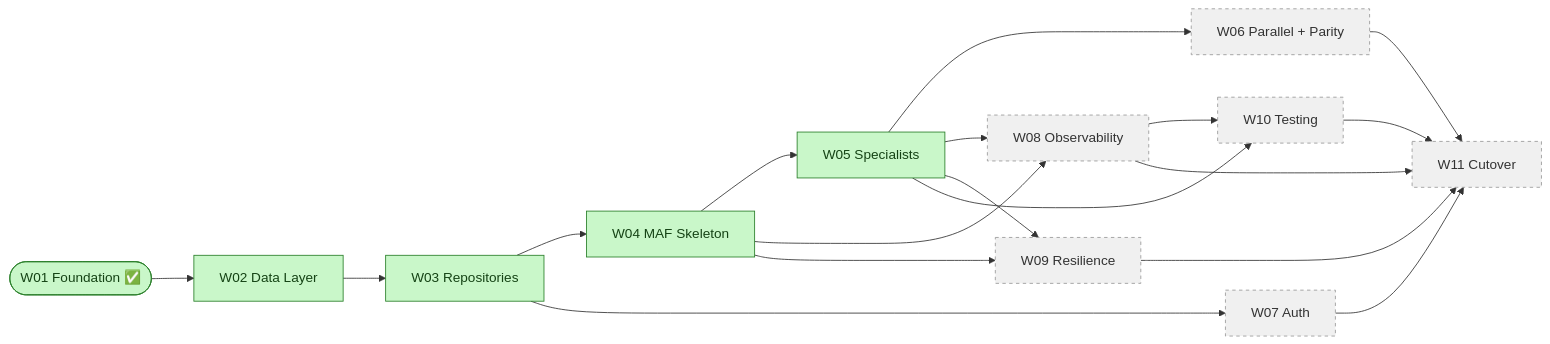
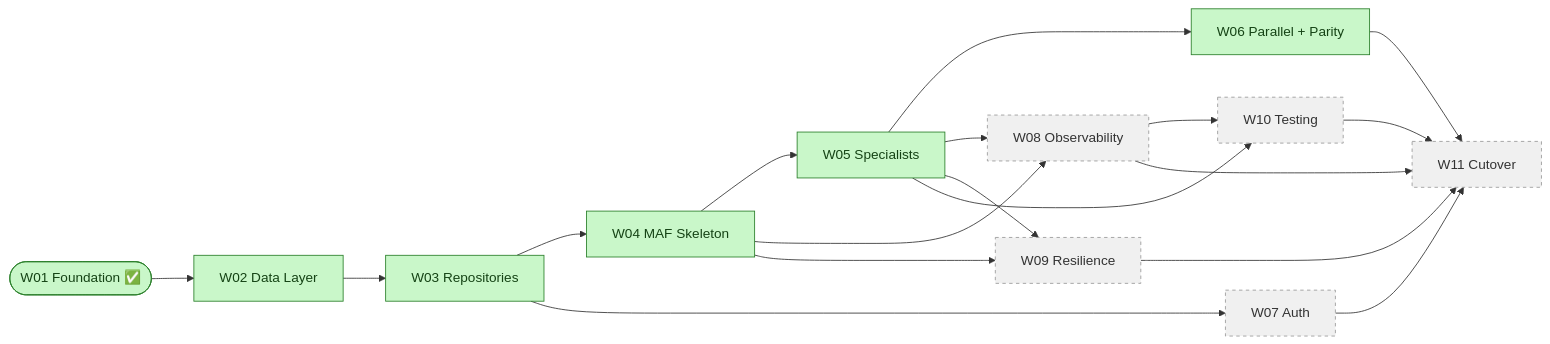
The diagram in docs/workstreams/workstream-log.md (nandyap/EPG-MAF), drawn with Mermaid before and after one commit. The commit also changed other lines of this file and 14 other files, not shown here.

````diff
--- a/docs/workstreams/workstream-log.md
+++ b/docs/workstreams/workstream-log.md
@@ -57,25 +57,26 @@
 ```mermaid
 flowchart LR
     W01([W01 Foundation ✅]) --> W02[W02 Data Layer]
     W02 --> W03[W03 Repositories]
     W03 --> W04[W04 MAF Skeleton]
     W04 --> W05[W05 Specialists]
     W05 --> W06[W06 Parallel + Parity]
     W03 --> W07[W07 Auth]
     W04 --> W08[W08 Observability]
     W05 --> W08
     W04 --> W09[W09 Resilience]
     W05 --> W09
     W05 --> W10[W10 Testing]
     W08 --> W10
     W06 & W07 & W08 & W09 & W10 --> W11[W11 Cutover]
 
     classDef done fill:#c9f7c9,stroke:#2a7f2a,color:#154315
     classDef pending fill:#f0f0f0,stroke:#999,stroke-dasharray:4 4
     class W01 done
     class W02 done
     class W03 done
     class W04 done
     class W05 done
-    class W06,W07,W08,W09,W10,W11 pending
+    class W06 done
+    class W07,W08,W09,W10,W11 pending
 ```
````
